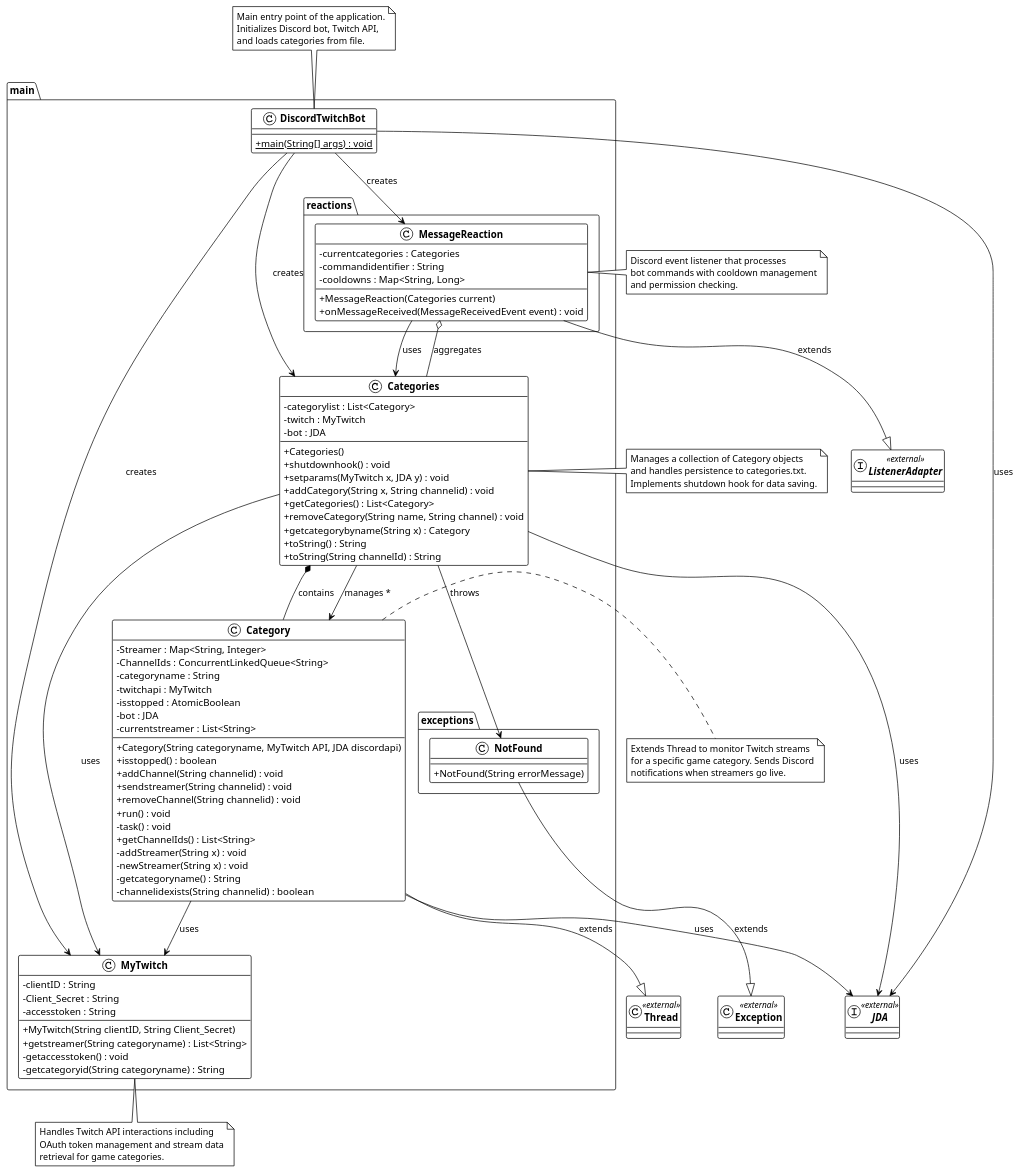
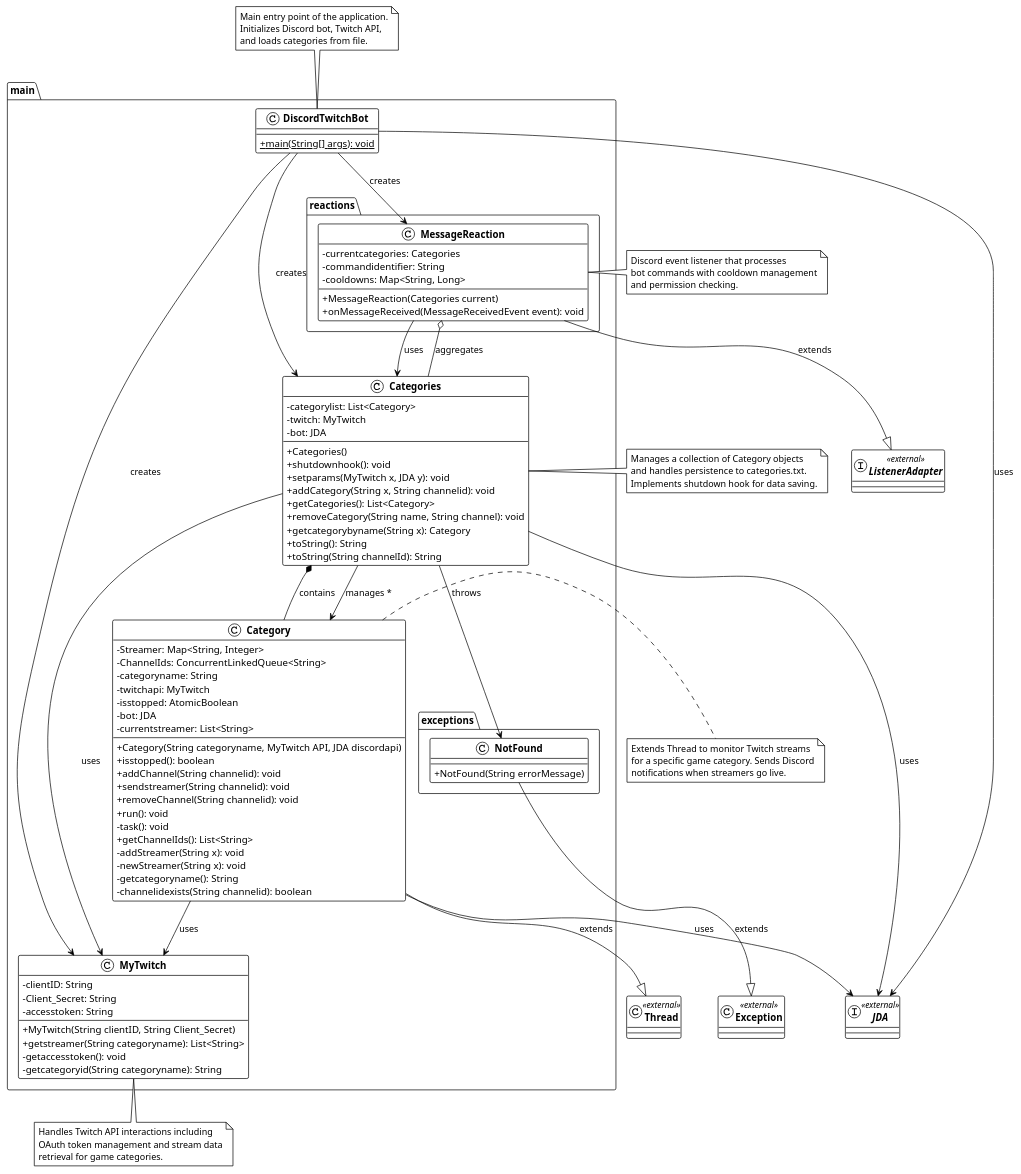
The diagram in docs/class-diagram.puml (mauer01/discordtwitchbot), drawn with PlantUML before and after one commit.

Commit message:
docs formatting

```diff
--- a/docs/class-diagram.puml
+++ b/docs/class-diagram.puml
@@ -1,140 +1,140 @@
 @startuml DiscordTwitchBot Class Diagram
 
 !theme plain
 skinparam classAttributeIconSize 0
 skinparam classFontStyle bold
 
 package "main" {
     class DiscordTwitchBot {
-        +{static} main(String[] args) : void
+        +{static} main(String[] args): void
     }
     
     class Categories {
-        -categorylist : List<Category>
-        -twitch : MyTwitch
-        -bot : JDA
+        -categorylist: List<Category>
+        -twitch: MyTwitch
+        -bot: JDA
         
         +Categories()
-        +shutdownhook() : void
-        +setparams(MyTwitch x, JDA y) : void
-        +addCategory(String x, String channelid) : void
-        +getCategories() : List<Category>
-        +removeCategory(String name, String channel) : void
-        +getcategorybyname(String x) : Category
-        +toString() : String
-        +toString(String channelId) : String
+        +shutdownhook(): void
+        +setparams(MyTwitch x, JDA y): void
+        +addCategory(String x, String channelid): void
+        +getCategories(): List<Category>
+        +removeCategory(String name, String channel): void
+        +getcategorybyname(String x): Category
+        +toString(): String
+        +toString(String channelId): String
     }
     
     class Category {
-        -Streamer : Map<String, Integer>
-        -ChannelIds : ConcurrentLinkedQueue<String>
-        -categoryname : String
-        -twitchapi : MyTwitch
-        -isstopped : AtomicBoolean
-        -bot : JDA
-        -currentstreamer : List<String>
+        -Streamer: Map<String, Integer>
+        -ChannelIds: ConcurrentLinkedQueue<String>
+        -categoryname: String
+        -twitchapi: MyTwitch
+        -isstopped: AtomicBoolean
+        -bot: JDA
+        -currentstreamer: List<String>
         
         +Category(String categoryname, MyTwitch API, JDA discordapi)
-        +isstopped() : boolean
-        +addChannel(String channelid) : void
-        +sendstreamer(String channelid) : void
-        +removeChannel(String channelid) : void
-        +run() : void
-        -task() : void
-        +getChannelIds() : List<String>
-        -addStreamer(String x) : void
-        -newStreamer(String x) : void
-        -getcategoryname() : String
-        -channelidexists(String channelid) : boolean
+        +isstopped(): boolean
+        +addChannel(String channelid): void
+        +sendstreamer(String channelid): void
+        +removeChannel(String channelid): void
+        +run(): void
+        -task(): void
+        +getChannelIds(): List<String>
+        -addStreamer(String x): void
+        -newStreamer(String x): void
+        -getcategoryname(): String
+        -channelidexists(String channelid): boolean
     }
     
     class MyTwitch {
-        -clientID : String
-        -Client_Secret : String
-        -accesstoken : String
+        -clientID: String
+        -Client_Secret: String
+        -accesstoken: String
         
         +MyTwitch(String clientID, String Client_Secret)
-        +getstreamer(String categoryname) : List<String>
-        -getaccesstoken() : void
-        -getcategoryid(String categoryname) : String
+        +getstreamer(String categoryname): List<String>
+        -getaccesstoken(): void
+        -getcategoryid(String categoryname): String
     }
 }
 
 package "main.reactions" {
     class MessageReaction {
-        -currentcategories : Categories
-        -commandidentifier : String
-        -cooldowns : Map<String, Long>
+        -currentcategories: Categories
+        -commandidentifier: String
+        -cooldowns: Map<String, Long>
         
         +MessageReaction(Categories current)
-        +onMessageReceived(MessageReceivedEvent event) : void
+        +onMessageReceived(MessageReceivedEvent event): void
     }
 }
 
 package "main.exceptions" {
     class NotFound {
         +NotFound(String errorMessage)
     }
 }
 
 ' External dependencies (shown as interfaces/classes)
 interface JDA <<external>>
 interface ListenerAdapter <<external>>
 class Thread <<external>>
 class Exception <<external>>
 
 ' Relationships
-DiscordTwitchBot --> Categories : creates
-DiscordTwitchBot --> MyTwitch : creates
-DiscordTwitchBot --> MessageReaction : creates
-DiscordTwitchBot --> JDA : uses
+DiscordTwitchBot --> Categories: creates
+DiscordTwitchBot --> MyTwitch: creates
+DiscordTwitchBot --> MessageReaction: creates
+DiscordTwitchBot --> JDA: uses
 
-Categories --> Category : manages *
-Categories --> MyTwitch : uses
-Categories --> JDA : uses
-Categories --> NotFound : throws
+Categories --> Category: manages *
+Categories --> MyTwitch: uses
+Categories --> JDA: uses
+Categories --> NotFound: throws
 
-Category --|> Thread : extends
-Category --> MyTwitch : uses
-Category --> JDA : uses
+Category --|> Thread: extends
+Category --> MyTwitch: uses
+Category --> JDA: uses
 
-MessageReaction --|> ListenerAdapter : extends
-MessageReaction --> Categories : uses
+MessageReaction --|> ListenerAdapter: extends
+MessageReaction --> Categories: uses
 
-NotFound --|> Exception : extends
+NotFound --|> Exception: extends
 
 ' Composition relationships
-Categories *-- Category : contains
-MessageReaction o-- Categories : aggregates
+Categories *-- Category: contains
+MessageReaction o-- Categories: aggregates
 
 note top of DiscordTwitchBot
   Main entry point of the application.
   Initializes Discord bot, Twitch API,
   and loads categories from file.
 end note
 
 note right of Categories
   Manages a collection of Category objects
   and handles persistence to categories.txt.
   Implements shutdown hook for data saving.
 end note
 
 note right of Category
   Extends Thread to monitor Twitch streams
   for a specific game category. Sends Discord
   notifications when streamers go live.
 end note
 
 note bottom of MyTwitch
   Handles Twitch API interactions including
   OAuth token management and stream data
   retrieval for game categories.
 end note
 
 note left of MessageReaction
   Discord event listener that processes
   bot commands with cooldown management
   and permission checking.
 end note
 
 @enduml
```
